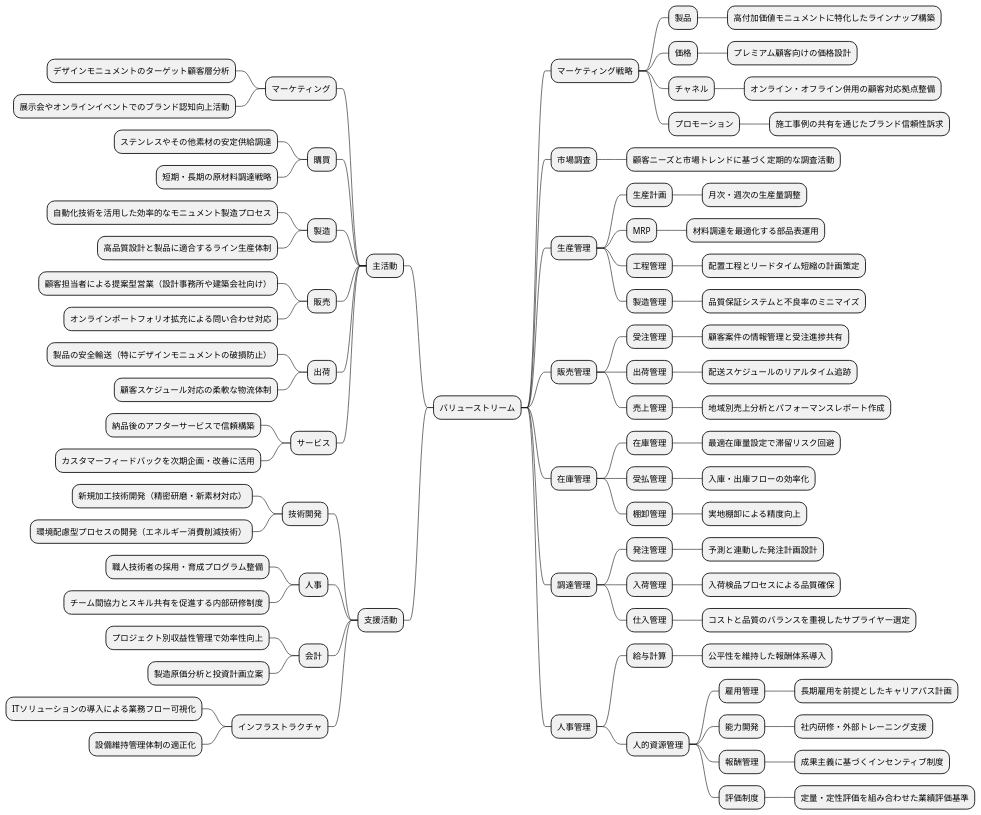
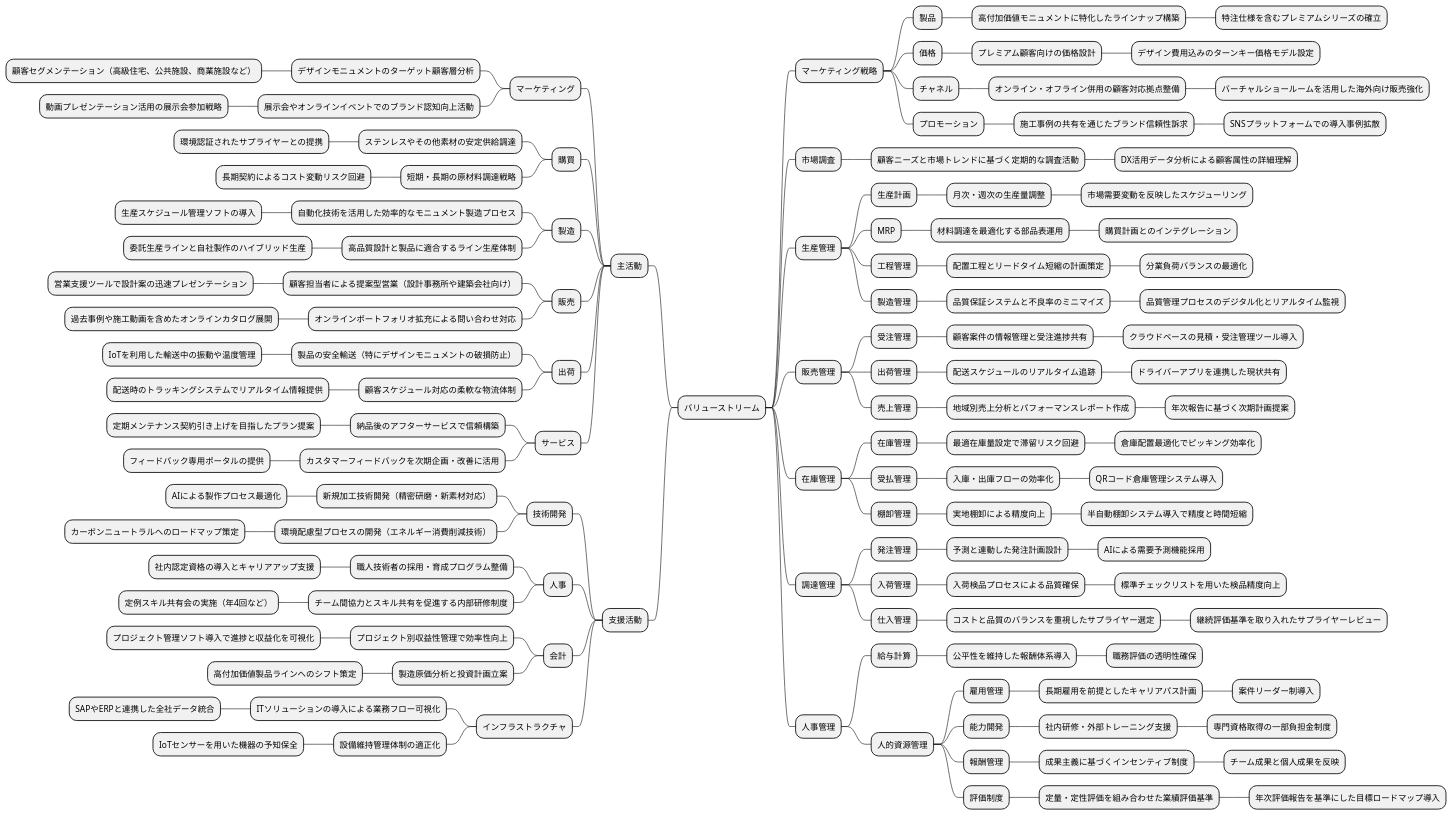
Before and after one commit to k2works/case-study-business-analysis: diagram 12 of 19 in docs/case/r02_case_3.adoc, drawn with PlantUML. The commit also changed other lines of this file, not shown here.

```diff
--- a/docs/case/r02_case_3.adoc
+++ b/docs/case/r02_case_3.adoc
@@ -493,89 +724,133 @@
 ** 主活動
 *** マーケティング
 **** デザインモニュメントのターゲット顧客層分析
+***** 顧客セグメンテーション（高級住宅、公共施設、商業施設など）
 **** 展示会やオンラインイベントでのブランド認知向上活動
+***** 動画プレゼンテーション活用の展示会参加戦略
 *** 購買
 **** ステンレスやその他素材の安定供給調達
+***** 環境認証されたサプライヤーとの提携
 **** 短期・長期の原材料調達戦略
+***** 長期契約によるコスト変動リスク回避
 *** 製造
 **** 自動化技術を活用した効率的なモニュメント製造プロセス
+***** 生産スケジュール管理ソフトの導入
 **** 高品質設計と製品に適合するライン生産体制
+***** 委託生産ラインと自社製作のハイブリッド生産
 *** 販売
 **** 顧客担当者による提案型営業（設計事務所や建築会社向け）
+***** 営業支援ツールで設計案の迅速プレゼンテーション
 **** オンラインポートフォリオ拡充による問い合わせ対応
+***** 過去事例や施工動画を含めたオンラインカタログ展開
 *** 出荷
 **** 製品の安全輸送（特にデザインモニュメントの破損防止）
+***** IoTを利用した輸送中の振動や温度管理
 **** 顧客スケジュール対応の柔軟な物流体制
+***** 配送時のトラッキングシステムでリアルタイム情報提供
 *** サービス
 **** 納品後のアフターサービスで信頼構築
+***** 定期メンテナンス契約引き上げを目指したプラン提案
 **** カスタマーフィードバックを次期企画・改善に活用
+***** フィードバック専用ポータルの提供
 ** 支援活動
 *** 技術開発
 **** 新規加工技術開発（精密研磨・新素材対応）
+***** AIによる製作プロセス最適化
 **** 環境配慮型プロセスの開発（エネルギー消費削減技術）
+***** カーボンニュートラルへのロードマップ策定
 *** 人事
 **** 職人技術者の採用・育成プログラム整備
+***** 社内認定資格の導入とキャリアアップ支援
 **** チーム間協力とスキル共有を促進する内部研修制度
+***** 定例スキル共有会の実施（年4回など）
 *** 会計
 **** プロジェクト別収益性管理で効率性向上
+***** プロジェクト管理ソフト導入で進捗と収益化を可視化
 **** 製造原価分析と投資計画立案
+***** 高付加価値製品ラインへのシフト策定
 *** インフラストラクチャ
 **** ITソリューションの導入による業務フロー可視化
+***** SAPやERPと連携した全社データ統合
 **** 設備維持管理体制の適正化
+***** IoTセンサーを用いた機器の予知保全
+
 right side
 ** マーケティング戦略
 *** 製品
 **** 高付加価値モニュメントに特化したラインナップ構築
+***** 特注仕様を含むプレミアムシリーズの確立
 *** 価格
 **** プレミアム顧客向けの価格設計
+***** デザイン費用込みのターンキー価格モデル設定
 *** チャネル
 **** オンライン・オフライン併用の顧客対応拠点整備
+***** バーチャルショールームを活用した海外向け販売強化
 *** プロモーション
 **** 施工事例の共有を通じたブランド信頼性訴求
+***** SNSプラットフォームでの導入事例拡散
 ** 市場調査
 *** 顧客ニーズと市場トレンドに基づく定期的な調査活動
+**** DX活用データ分析による顧客属性の詳細理解
 ** 生産管理
 *** 生産計画
 **** 月次・週次の生産量調整
+***** 市場需要変動を反映したスケジューリング
 *** MRP
 **** 材料調達を最適化する部品表運用
+***** 購買計画とのインテグレーション
 *** 工程管理
 **** 配置工程とリードタイム短縮の計画策定
+***** 分業負荷バランスの最適化
 *** 製造管理
 **** 品質保証システムと不良率のミニマイズ
+***** 品質管理プロセスのデジタル化とリアルタイム監視
 ** 販売管理
 *** 受注管理
 **** 顧客案件の情報管理と受注進捗共有
+***** クラウドベースの見積・受注管理ツール導入
 *** 出荷管理
 **** 配送スケジュールのリアルタイム追跡
+***** ドライバーアプリを連携した現状共有
 *** 売上管理
 **** 地域別売上分析とパフォーマンスレポート作成
+***** 年次報告に基づく次期計画提案
 ** 在庫管理
 *** 在庫管理
 **** 最適在庫量設定で滞留リスク回避
+***** 倉庫配置最適化でピッキング効率化
 *** 受払管理
 **** 入庫・出庫フローの効率化
+***** QRコード倉庫管理システム導入
 *** 棚卸管理
 **** 実地棚卸による精度向上
+***** 半自動棚卸システム導入で精度と時間短縮
 ** 調達管理
 *** 発注管理
 **** 予測と連動した発注計画設計
+***** AIによる需要予測機能採用
 *** 入荷管理
 **** 入荷検品プロセスによる品質確保
+***** 標準チェックリストを用いた検品精度向上
 *** 仕入管理
 **** コストと品質のバランスを重視したサプライヤー選定
+***** 継続評価基準を取り入れたサプライヤーレビュー
 ** 人事管理
 *** 給与計算
 **** 公平性を維持した報酬体系導入
+***** 職務評価の透明性確保
 *** 人的資源管理
 **** 雇用管理
 ***** 長期雇用を前提としたキャリアパス計画
+****** 案件リーダー制導入
 **** 能力開発
 ***** 社内研修・外部トレーニング支援
+****** 専門資格取得の一部負担金制度
 **** 報酬管理
 ***** 成果主義に基づくインセンティブ制度
+****** チーム成果と個人成果を反映
 **** 評価制度
 ***** 定量・定性評価を組み合わせた業績評価基準
+****** 年次評価報告を基準にした目標ロードマップ導入
 
 @endmindmap
 ----
```
